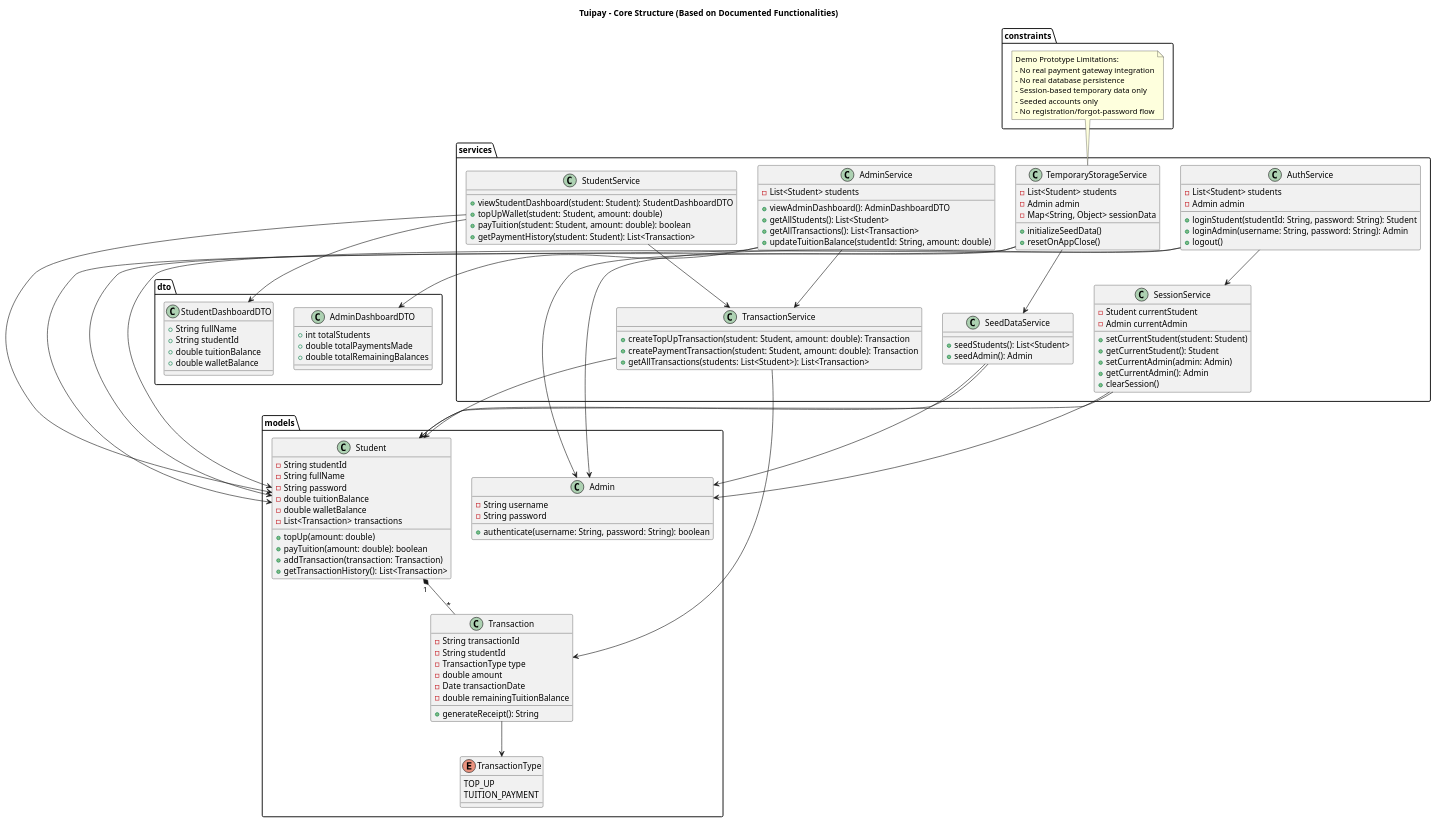
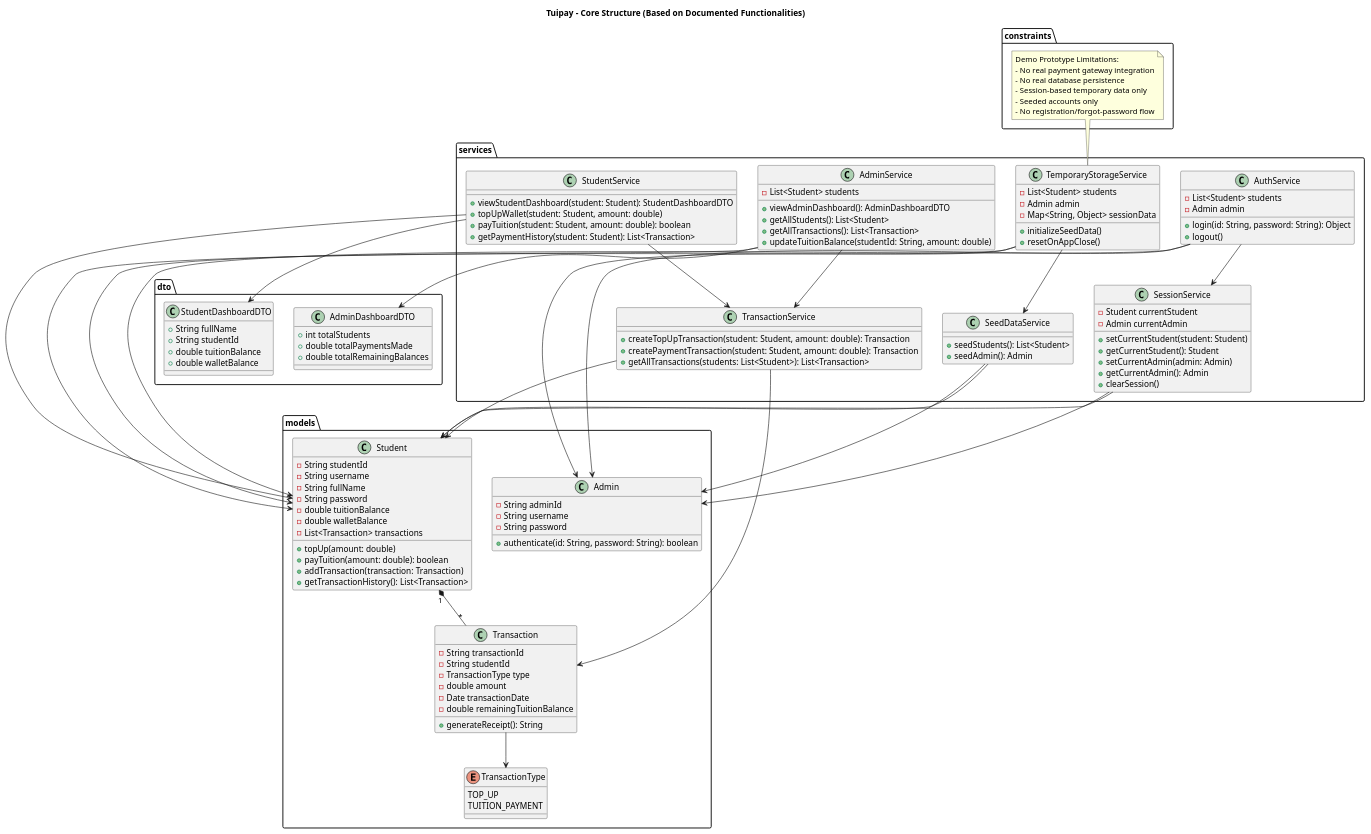
Before and after one commit to Jasmyre/Tuipay: the diagram in src/main/resources/puml/uml.puml, drawn with PlantUML. The commit also changed 7 other files, not shown here.

Commit message:
refactor: Update login system to use ID instead of username; enhance documentation and UML

```diff
--- a/src/main/resources/puml/uml.puml
+++ b/src/main/resources/puml/uml.puml
@@ -1,151 +1,152 @@
 @startuml
 title Tuipay - Core Structure (Based on Documented Functionalities)
 
 package "models" {
 
   class Student {
     - String studentId
+    - String username
     - String fullName
     - String password
     - double tuitionBalance
     - double walletBalance
     - List<Transaction> transactions
 
     + topUp(amount: double)
     + payTuition(amount: double): boolean
     + addTransaction(transaction: Transaction)
     + getTransactionHistory(): List<Transaction>
   }
 
   class Admin {
+    - String adminId
     - String username
     - String password
 
-    + authenticate(username: String, password: String): boolean
+    + authenticate(id: String, password: String): boolean
   }
 
   class Transaction {
     - String transactionId
     - String studentId
     - TransactionType type
     - double amount
     - Date transactionDate
     - double remainingTuitionBalance
 
     + generateReceipt(): String
   }
 
   enum TransactionType {
     TOP_UP
     TUITION_PAYMENT
   }
 }
 
 package "services" {
 
   class SeedDataService {
     + seedStudents(): List<Student>
     + seedAdmin(): Admin
   }
 
   class AuthService {
     - List<Student> students
     - Admin admin
 
-    + loginStudent(studentId: String, password: String): Student
-    + loginAdmin(username: String, password: String): Admin
+    + login(id: String, password: String): Object
     + logout()
   }
 
   class StudentService {
     + viewStudentDashboard(student: Student): StudentDashboardDTO
     + topUpWallet(student: Student, amount: double)
     + payTuition(student: Student, amount: double): boolean
     + getPaymentHistory(student: Student): List<Transaction>
   }
 
   class AdminService {
     - List<Student> students
 
     + viewAdminDashboard(): AdminDashboardDTO
     + getAllStudents(): List<Student>
     + getAllTransactions(): List<Transaction>
     + updateTuitionBalance(studentId: String, amount: double)
   }
 
   class SessionService {
     - Student currentStudent
     - Admin currentAdmin
 
     + setCurrentStudent(student: Student)
     + getCurrentStudent(): Student
     + setCurrentAdmin(admin: Admin)
     + getCurrentAdmin(): Admin
     + clearSession()
   }
 
   class TransactionService {
     + createTopUpTransaction(student: Student, amount: double): Transaction
     + createPaymentTransaction(student: Student, amount: double): Transaction
     + getAllTransactions(students: List<Student>): List<Transaction>
   }
 
   class TemporaryStorageService {
     - List<Student> students
     - Admin admin
     - Map<String, Object> sessionData
 
     + initializeSeedData()
     + resetOnAppClose()
   }
 }
 
 package "dto" {
   class StudentDashboardDTO {
     + String fullName
     + String studentId
     + double tuitionBalance
     + double walletBalance
   }
 
   class AdminDashboardDTO {
     + int totalStudents
     + double totalPaymentsMade
     + double totalRemainingBalances
   }
 }
 
 package "constraints" {
   note "Demo Prototype Limitations:\n- No real payment gateway integration\n- No real database persistence\n- Session-based temporary data only\n- Seeded accounts only\n- No registration/forgot-password flow" as DemoLimitations
 }
 
 Student "1" *-- "*" Transaction
 Transaction --> TransactionType
 
 SeedDataService --> Student
 SeedDataService --> Admin
 
 AuthService --> Student
 AuthService --> Admin
 AuthService --> SessionService
 
 StudentService --> Student
 StudentService --> TransactionService
 StudentService --> StudentDashboardDTO
 
 AdminService --> Student
 AdminService --> TransactionService
 AdminService --> AdminDashboardDTO
 
 SessionService --> Student
 SessionService --> Admin
 
 TransactionService --> Transaction
 TransactionService --> Student
 
 TemporaryStorageService --> SeedDataService
 TemporaryStorageService --> Student
 TemporaryStorageService --> Admin
 DemoLimitations .. TemporaryStorageService
 
 @enduml
```
